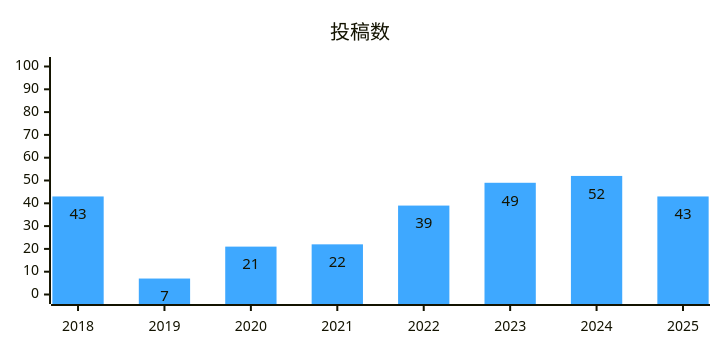
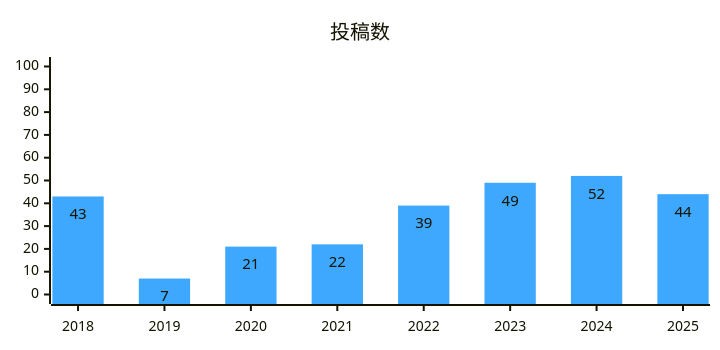
One commit to psbss/blog changed the fourth of 21 diagrams in articles/iosdc-2025-cfp.md. Above: the diagram before and after it, drawn with Mermaid. The commit also changed other lines of this file, not shown here.

````diff
--- a/articles/iosdc-2025-cfp.md
+++ b/articles/iosdc-2025-cfp.md
@@ -117,16 +110,16 @@
 ```mermaid
 ---
 config:
     xyChart:
         height: 330
         showDataLabel: true
     themeVariables:
         xyChart:
             plotColorPalette: '#3EA8FF'
 ---
 xychart-beta
     title "投稿数"
     x-axis [2018, 2019, 2020, 2021, 2022, 2023, 2024, 2025]
     y-axis 0 --> 100
-    bar [43, 7, 21, 22, 39, 49, 52, 43]
+    bar [43, 7, 21, 22, 39, 49, 52, 44]
 ```
````
